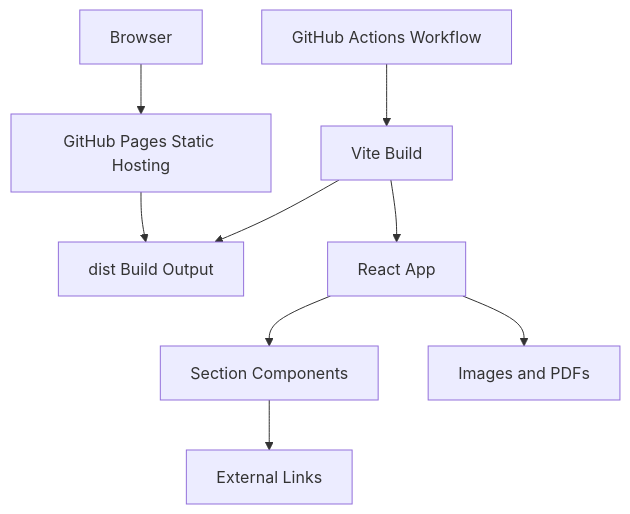
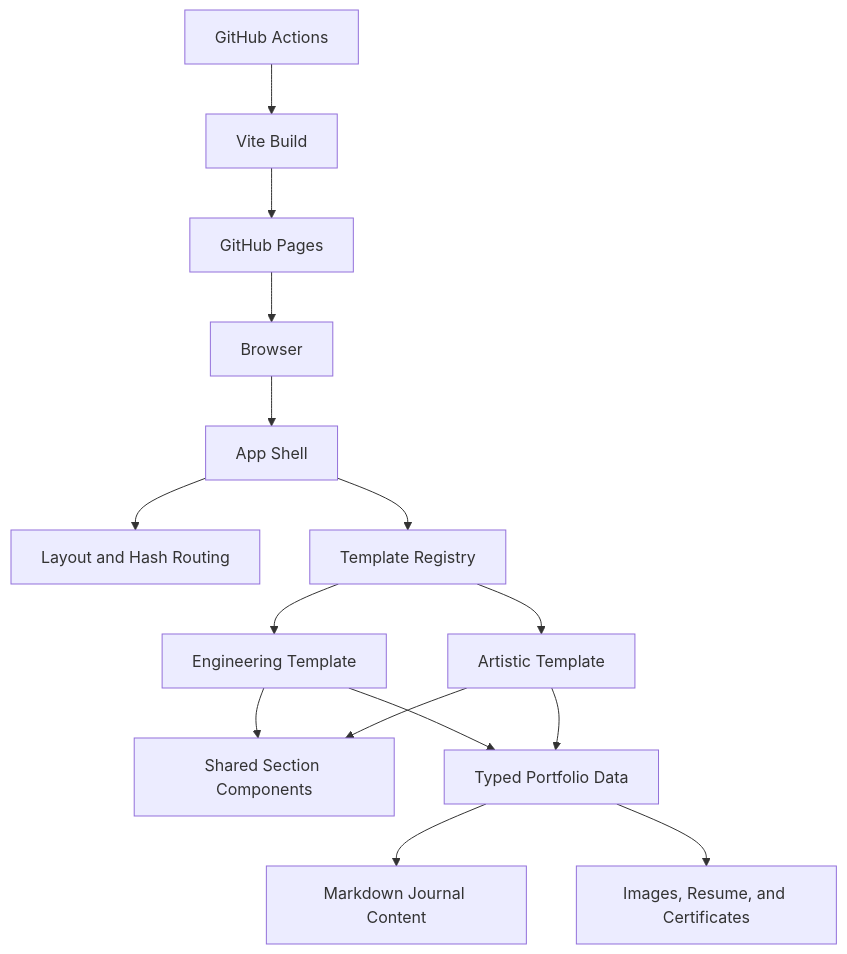
Before and after one commit to nhamhung/nhamhung.github.io: the first of 2 diagrams in aidlc-docs/inception/reverse-engineering/architecture.md, drawn with Mermaid. The commit also changed other lines of this file and 119 other files, not shown here.

````diff
--- a/aidlc-docs/inception/reverse-engineering/architecture.md
+++ b/aidlc-docs/inception/reverse-engineering/architecture.md
@@ -9,21 +9,31 @@
 ```mermaid
 flowchart TD
     Browser["Browser"]
-    GitHubPages["GitHub Pages Static Hosting"]
-    Dist["dist Build Output"]
-    Vite["Vite Build"]
-    ReactApp["React App"]
-    Components["Section Components"]
-    Assets["Images and PDFs"]
-    ExternalLinks["External Links"]
-    GitHubActions["GitHub Actions Workflow"]
+    App["App Shell"]
+    Layout["Layout and Hash Routing"]
+    Registry["Template Registry"]
+    Engineering["Engineering Template"]
+    Artistic["Artistic Template"]
+    Shared["Shared Section Components"]
+    Data["Typed Portfolio Data"]
+    Journal["Markdown Journal Content"]
+    Assets["Images, Resume, and Certificates"]
+    Build["Vite Build"]
+    Actions["GitHub Actions"]
+    Pages["GitHub Pages"]
 
-    Browser --> GitHubPages
-    GitHubPages --> Dist
-    GitHubActions --> Vite
-    Vite --> Dist
-    ReactApp --> Components
-    ReactApp --> Assets
-    Components --> ExternalLinks
-    Vite --> ReactApp
+    Browser --> App
+    App --> Layout
+    App --> Registry
+    Registry --> Engineering
+    Registry --> Artistic
+    Engineering --> Shared
+    Artistic --> Shared
+    Engineering --> Data
+    Artistic --> Data
+    Data --> Journal
+    Data --> Assets
+    Actions --> Build
+    Build --> Pages
+    Pages --> Browser
 ```
````
